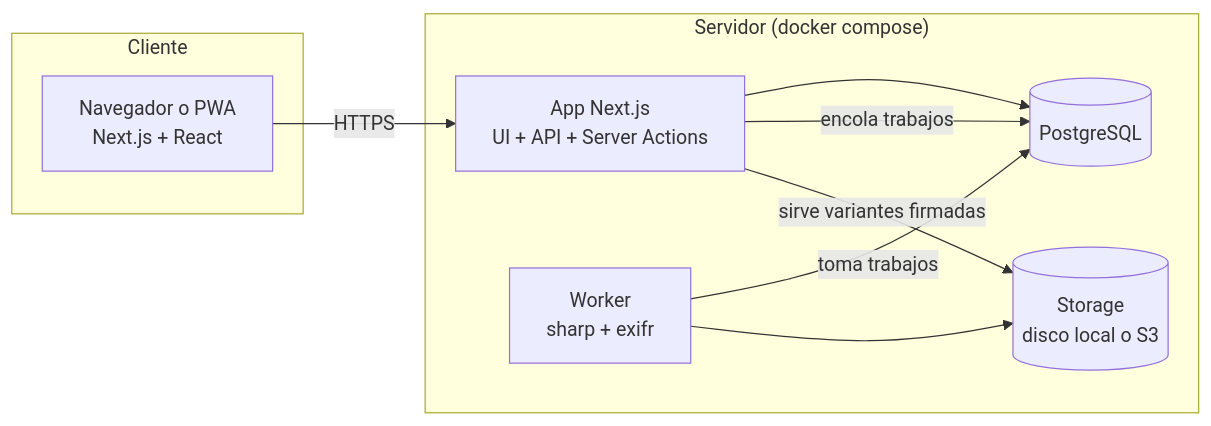
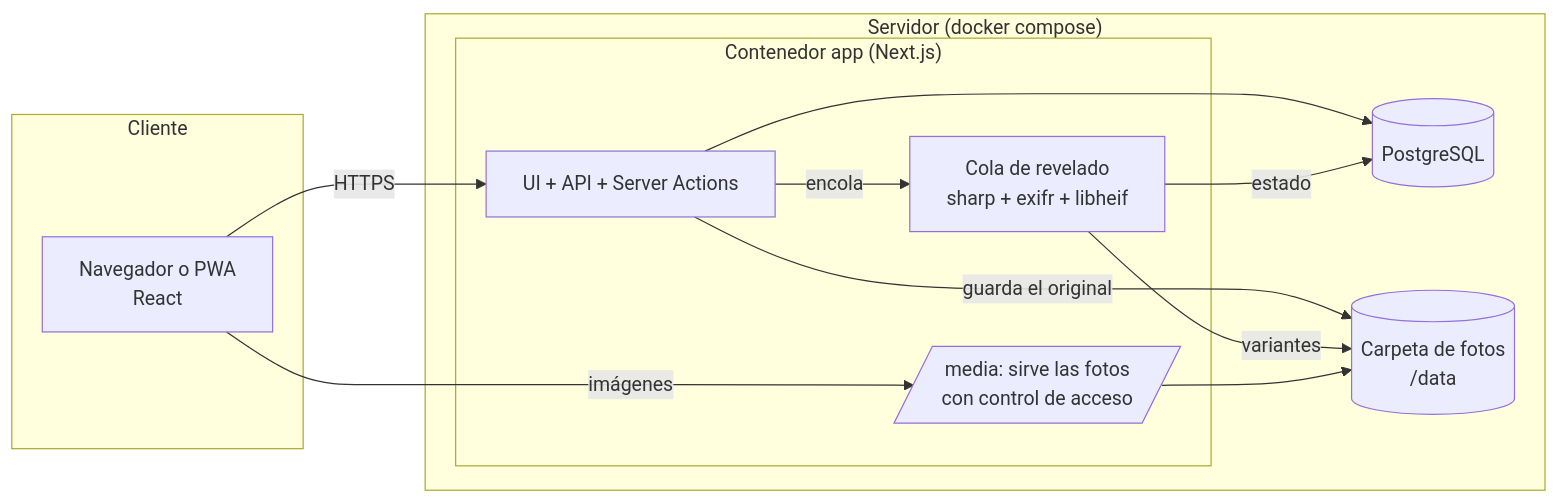
One commit to MartinLautaroGimenez/memories changed the diagram in docs/DESIGN.md. Above: the diagram before and after it, drawn with Mermaid. The commit also changed other lines of this file and 27 other files, not shown here.

````diff
--- a/docs/DESIGN.md
+++ b/docs/DESIGN.md
@@ -60,18 +60,23 @@
 ```mermaid
 flowchart LR
   subgraph Cliente
-    A[Navegador o PWA<br/>Next.js + React]
+    A[Navegador o PWA<br/>React]
   end
   subgraph "Servidor (docker compose)"
-    B[App Next.js<br/>UI + API + Server Actions]
-    W[Worker<br/>sharp + exifr]
+    subgraph App["Contenedor app (Next.js)"]
+      B[UI + API + Server Actions]
+      Q[Cola de revelado<br/>sharp + exifr + libheif]
+      M[/media: sirve las fotos<br/>con control de acceso/]
+    end
     D[(PostgreSQL)]
-    S[(Storage<br/>disco local o S3)]
+    S[(Carpeta de fotos<br/>/data)]
   end
   A -- HTTPS --> B
+  A -- imágenes --> M
   B --> D
-  B -- encola trabajos --> D
-  W -- toma trabajos --> D
-  W --> S
-  B -- sirve variantes firmadas --> S
+  B -- guarda el original --> S
+  B -- encola --> Q
+  Q -- variantes --> S
+  Q -- estado --> D
+  M --> S
 ```
````
